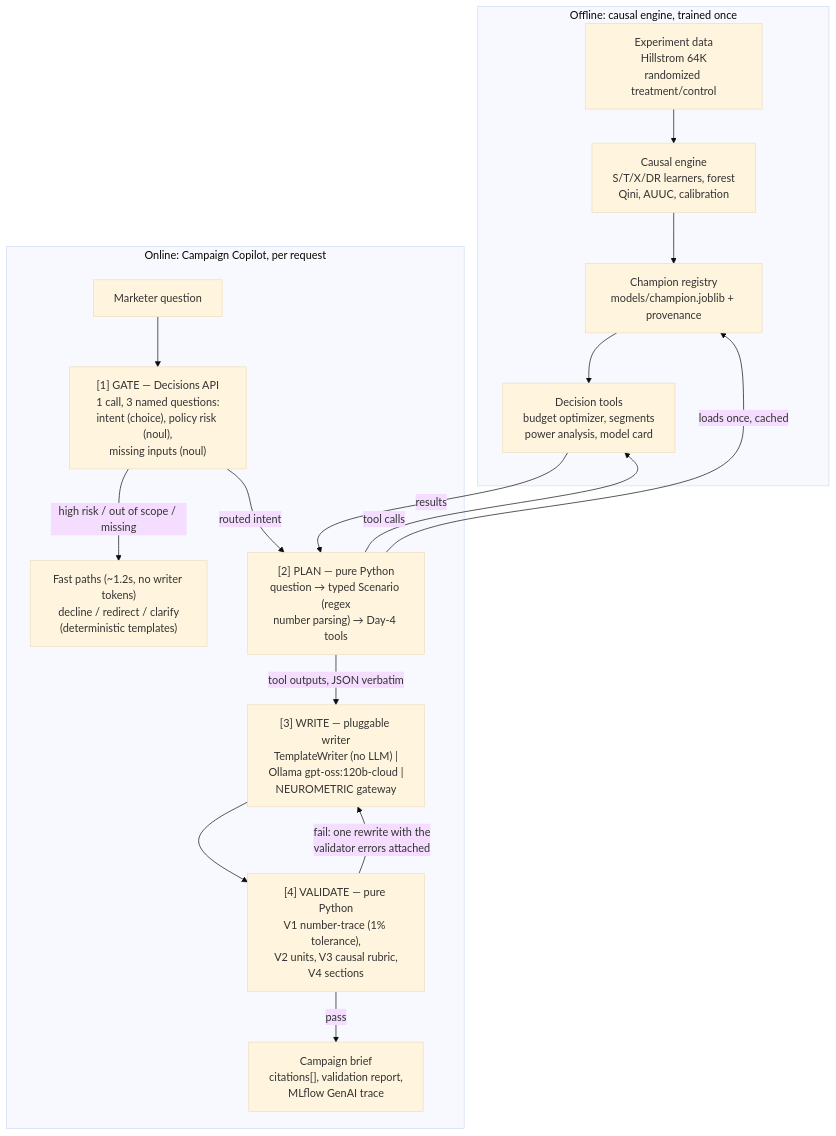
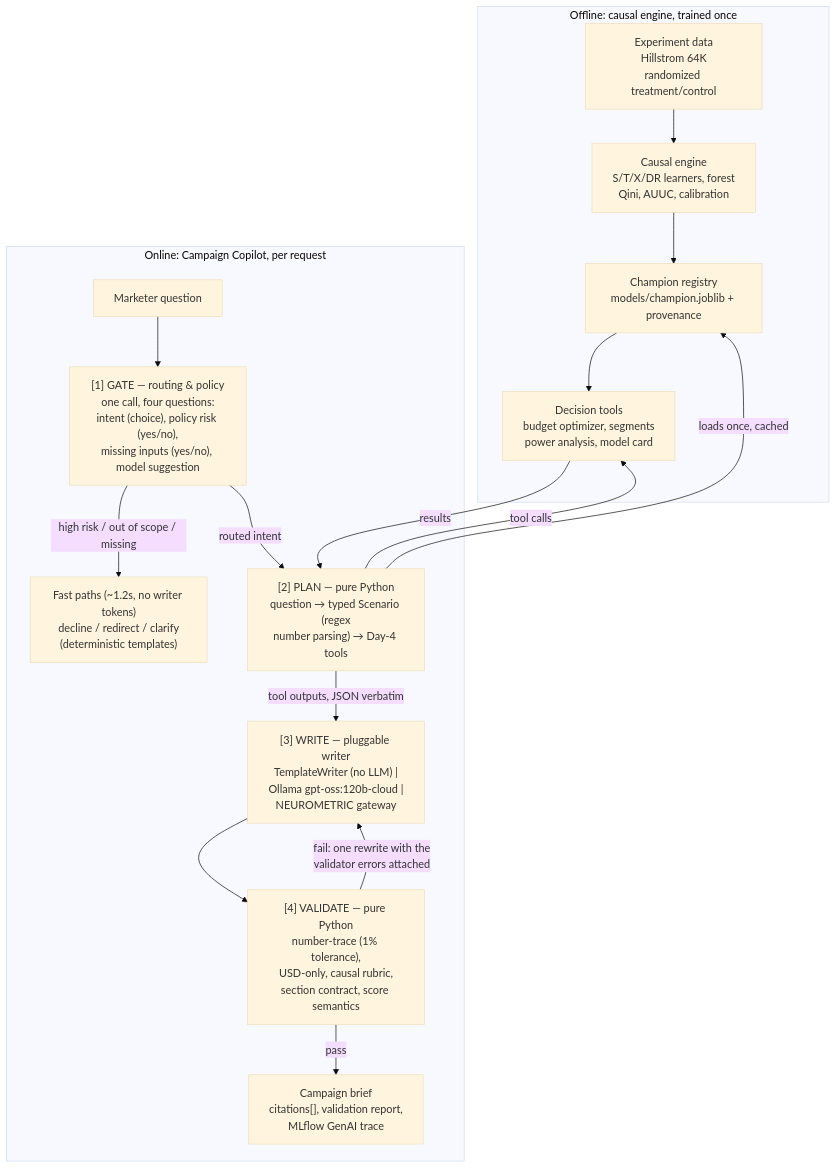
Before and after one commit to Nikhilsharma508/SmartSpend: the diagram in PROJECT.md, drawn with Mermaid (base theme). The commit also changed other lines of this file and 7 other files, not shown here.

````diff
--- a/PROJECT.md
+++ b/PROJECT.md
@@ -60,20 +155,20 @@
 ```mermaid
 flowchart TB
     subgraph OFF["Offline: causal engine, trained once"]
         D["Experiment data<br/>Hillstrom 64K<br/>randomized treatment/control"] --> E["Causal engine<br/>S/T/X/DR learners, forest<br/>Qini, AUUC, calibration"]
         E --> REG["Champion registry<br/>models/champion.joblib + provenance"]
         REG --> T["Decision tools<br/>budget optimizer, segments<br/>power analysis, model card"]
     end
     subgraph ON["Online: Campaign Copilot, per request"]
-        Q["Marketer question"] --> R["[1] GATE — Decisions API<br/>1 call, 3 named questions:<br/>intent (choice), policy risk (noul),<br/>missing inputs (noul)"]
+        Q["Marketer question"] --> R["[1] GATE — routing & policy<br/>one call, four questions:<br/>intent (choice), policy risk (yes/no),<br/>missing inputs (yes/no), model suggestion"]
         R -->|"high risk / out of scope / missing"| F["Fast paths (~1.2s, no writer tokens)<br/>decline / redirect / clarify<br/>(deterministic templates)"]
         R -->|routed intent| P["[2] PLAN — pure Python<br/>question → typed Scenario (regex<br/>number parsing) → Day-4 tools"]
         P -->|"tool outputs, JSON verbatim"| W["[3] WRITE — pluggable writer<br/>TemplateWriter (no LLM) |<br/>Ollama gpt-oss:120b-cloud |<br/>NEUROMETRIC gateway"]
-        W --> V["[4] VALIDATE — pure Python<br/>V1 number-trace (1% tolerance),<br/>V2 units, V3 causal rubric,<br/>V4 sections"]
+        W --> V["[4] VALIDATE — pure Python<br/>number-trace (1% tolerance),<br/>USD-only, causal rubric,<br/>section contract, score semantics"]
         V -->|"fail: one rewrite with the<br/>validator errors attached"| W
         V -->|pass| O["Campaign brief<br/>citations[], validation report,<br/>MLflow GenAI trace"]
     end
     P -->|loads once, cached| REG
     P -->|tool calls| T
     T -->|results| P
 ```
````
